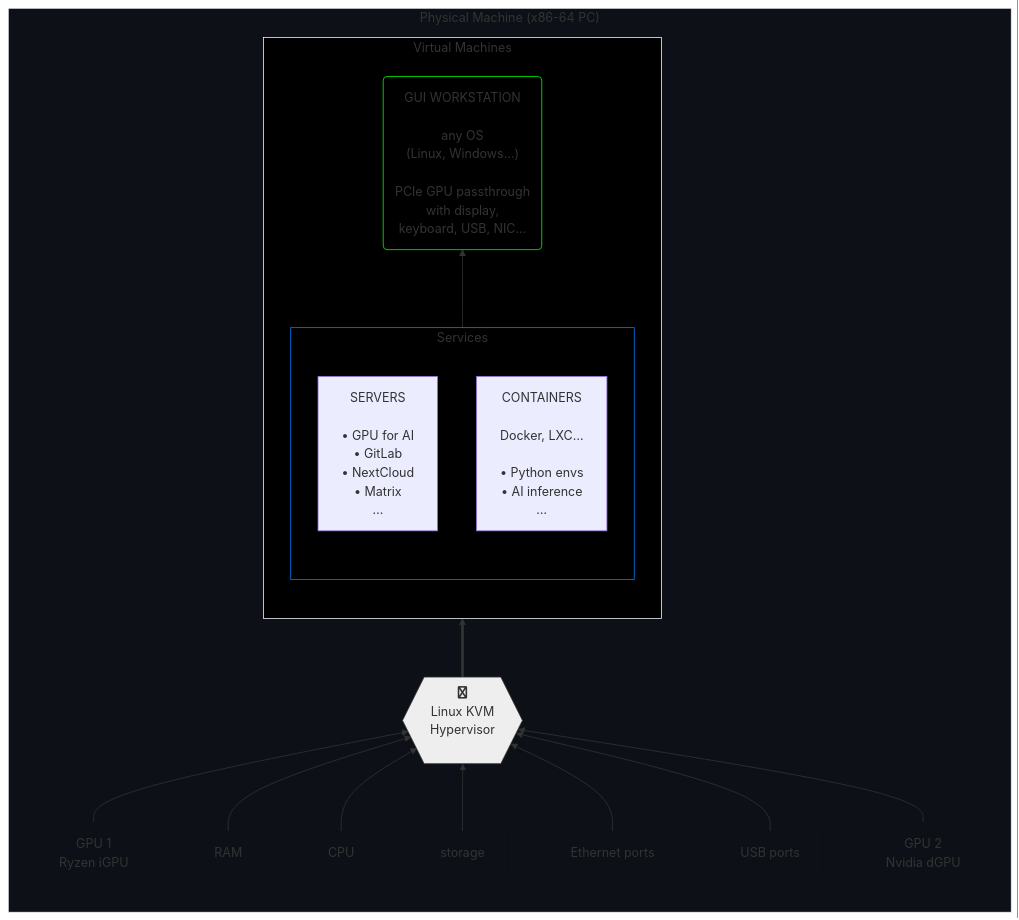
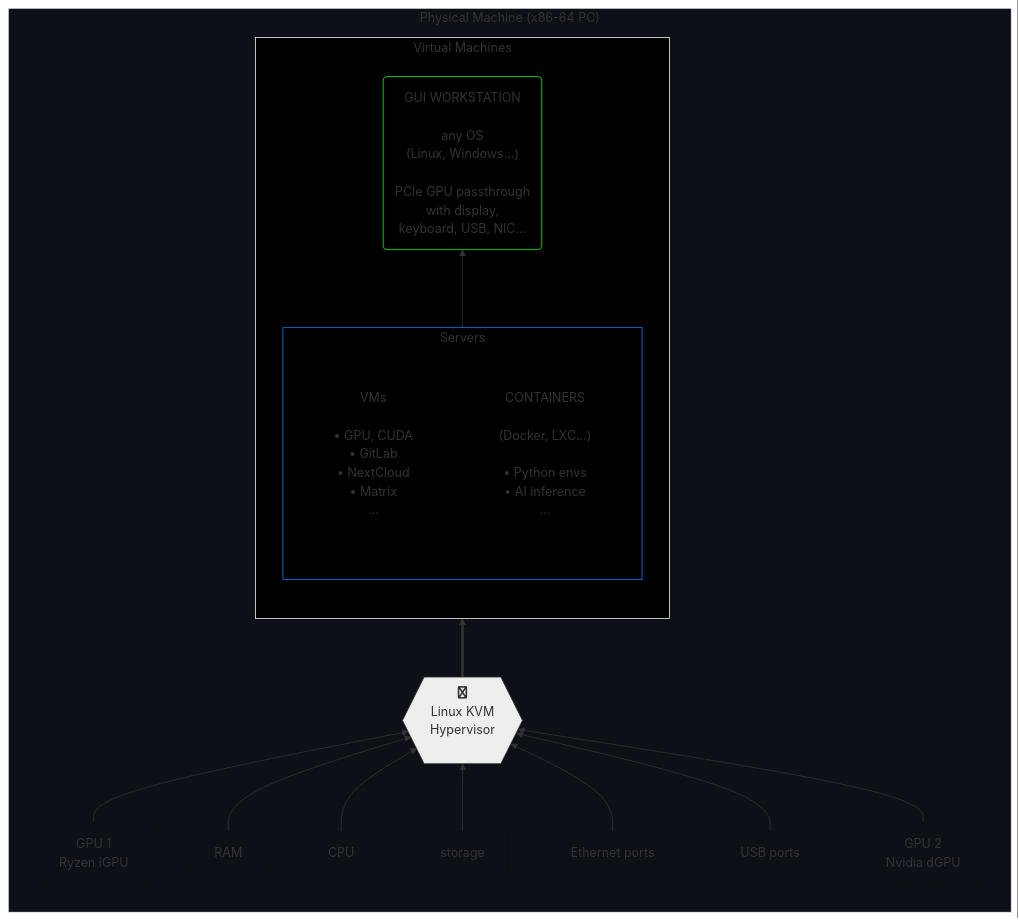
One commit to agenkit/GHost changed the first of 2 diagrams in README.md. Above: the diagram before and after it, drawn with Mermaid.

````diff
--- a/README.md
+++ b/README.md
@@ -21,54 +21,56 @@
 ```mermaid
 graph BT
 
    subgraph p["Physical Machine (x86-64 PC)"]
       direction BT
 
       pgpu1["GPU 1<br>Ryzen iGPU"] --> host
       pmem["RAM<br>"] --> host
       pcpu["CPU<br>"] --> host
       pstor["storage<br>"] --> host
       pnet["Ethernet ports"] --> host
       pusb["USB ports"] --> host
       pgpu2["GPU 2<br>Nvidia dGPU"] --> host
       host{{fa:fa-linux<br>Linux KVM<br>Hypervisor<br><br>}}
 
       host ==> v
 
       subgraph v["Virtual Machines"]
          direction BT
 
          g("GUI WORKSTATION<br><br>any OS<br>(Linux, Windows…)<br><br>PCIe GPU passthrough<br>with display,<br>keyboard, USB, NIC…")
 
-         subgraph s["Services"]
+         subgraph s["Servers"]
             direction BT
-            vsrv["SERVERS<br><br>• GPU for AI<br>• GitLab<br>• NextCloud<br>• Matrix<br>…"]
-            cont["CONTAINERS<br><br>Docker, LXC…<br><br>• Python envs<br>• AI inference<br>…"]
+            vsrv["VMs<br><br>• GPU, CUDA<br>• GitLab<br>• NextCloud<br>• Matrix<br>…"]
+            cont["CONTAINERS<br><br>(Docker, LXC…)<br><br>• Python envs<br>• AI inference<br>…"]
          end
 
          s --> g
 
       end
    end
 
 p:::main
 v:::wht
 host:::lit
-pgpu1:::trans
-pmem:::trans
-pcpu:::trans
-pstor:::trans
-pnet:::trans
-pusb:::trans
-pgpu2:::trans
+pgpu1:::tr1
+pmem:::tr1
+pcpu:::tr1
+pstor:::tr1
+pnet:::tr1
+pusb:::tr1
+pgpu2:::tr1
 s:::blu
 g:::grn
-
+vsrv:::tr2
+cont:::tr2
 classDef main fill:#0d1117,stroke:#f0f6fc
-classDef trans fill:#0d1117,stroke:#0d1117
+classDef tr1 fill:#0d1117,stroke:#0d1117
+classDef tr2 fill:#000,stroke:#000
 classDef wht fill:#000,stroke:#f0f6fc
 classDef red fill:#000,stroke:#f00
 classDef blu fill:#000,stroke:#007FFF
 classDef lit fill:#eee,stroke:#333,color:#333
 classDef grn fill:#000,stroke:#0f0
 ```
````
